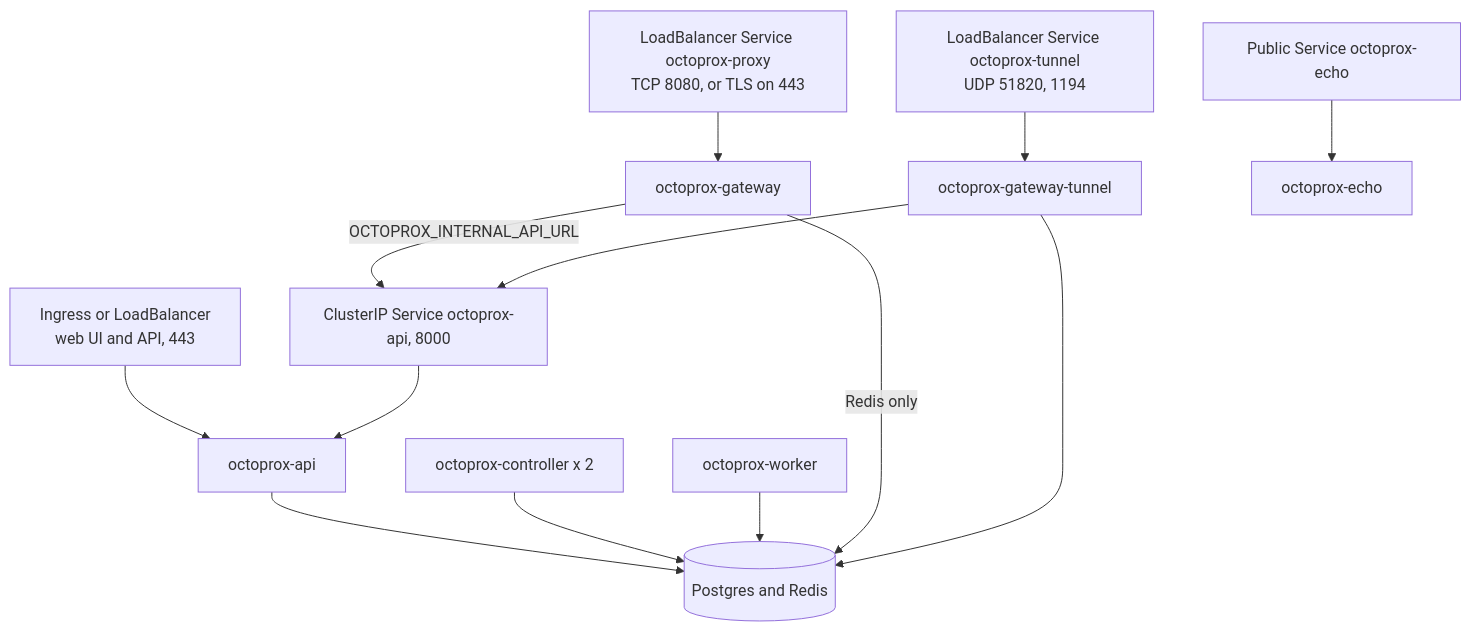
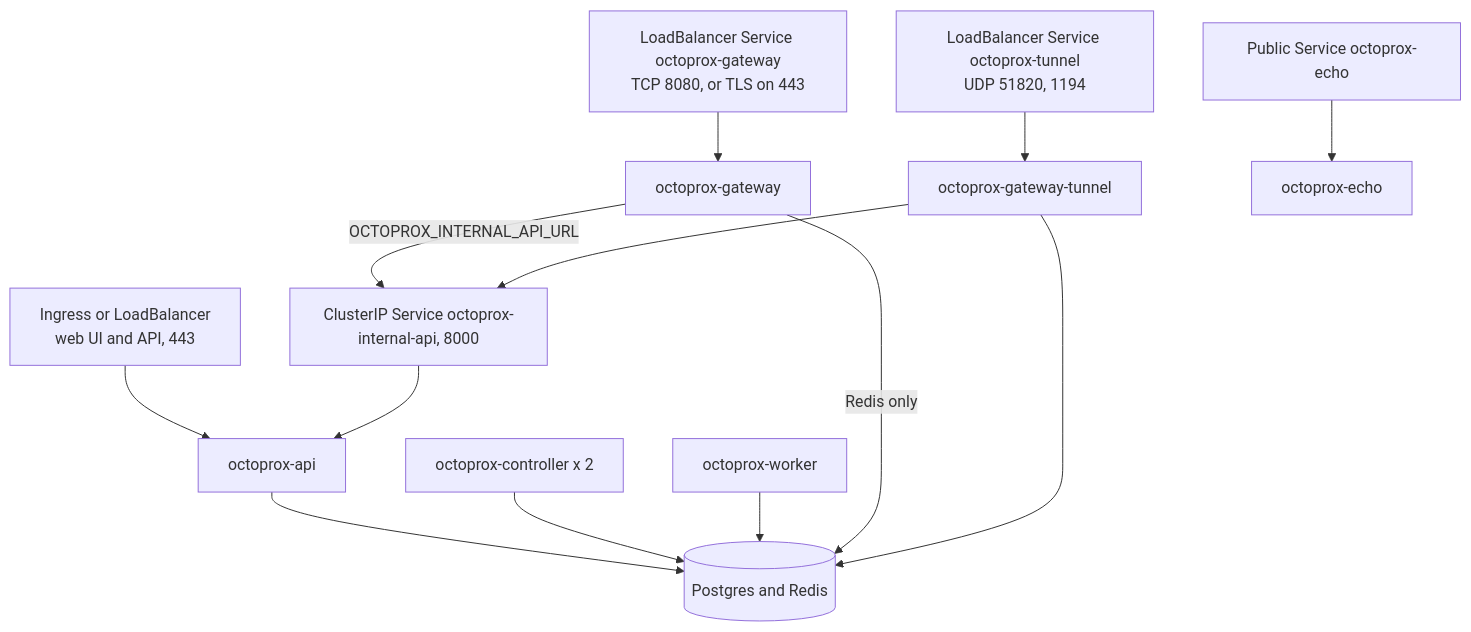
One commit to octoprox/octoprox changed the diagram in docs/kubernetes.md. Above: the diagram before and after it, drawn with Mermaid. The commit also changed other lines of this file and 2 other files, not shown here.

Commit message:
Update docs about service names for k8s deployments to avoid config clashes.

````diff
--- a/docs/kubernetes.md
+++ b/docs/kubernetes.md
@@ -27,17 +27,17 @@
 ```mermaid
 flowchart TD
     ui["Ingress or LoadBalancer<br/>web UI and API, 443"] --> api["octoprox-api"]
-    proxy["LoadBalancer Service octoprox-proxy<br/>TCP 8080, or TLS on 443"] --> gateway["octoprox-gateway"]
+    proxy["LoadBalancer Service octoprox-gateway<br/>TCP 8080, or TLS on 443"] --> gateway["octoprox-gateway"]
     tunnel["LoadBalancer Service octoprox-tunnel<br/>UDP 51820, 1194"] --> tgateway["octoprox-gateway-tunnel"]
     echo["Public Service octoprox-echo"] --> echopods["octoprox-echo"]
-    internal["ClusterIP Service octoprox-api, 8000"] --> api
+    internal["ClusterIP Service octoprox-internal-api, 8000"] --> api
     gateway -->|"OCTOPROX_INTERNAL_API_URL"| internal
     tgateway --> internal
     controller["octoprox-controller x 2"]
     worker["octoprox-worker"]
     api --> stores[("Postgres and Redis")]
     controller --> stores
     worker --> stores
     gateway -->|"Redis only"| stores
     tgateway --> stores
 ```
````
